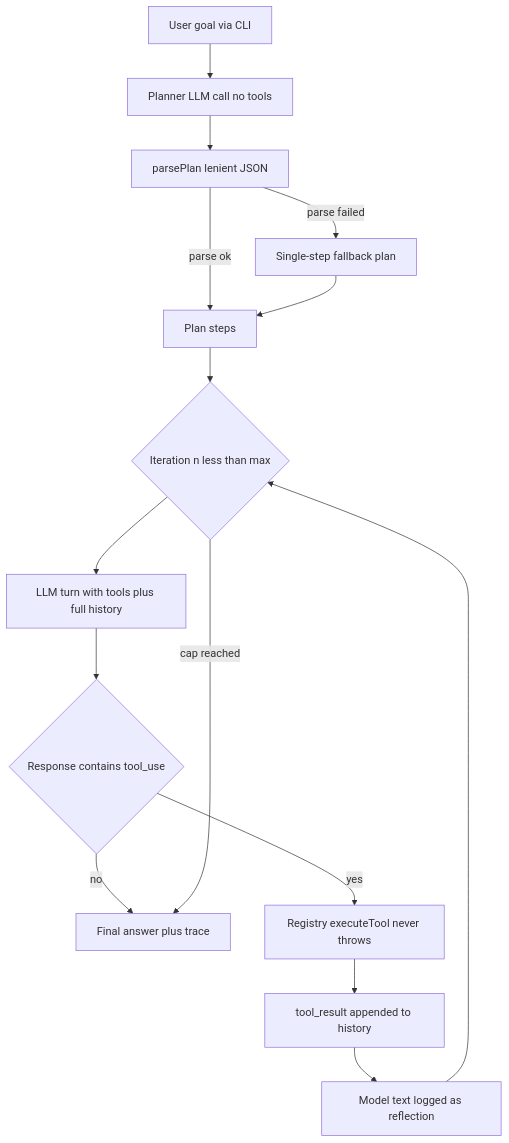
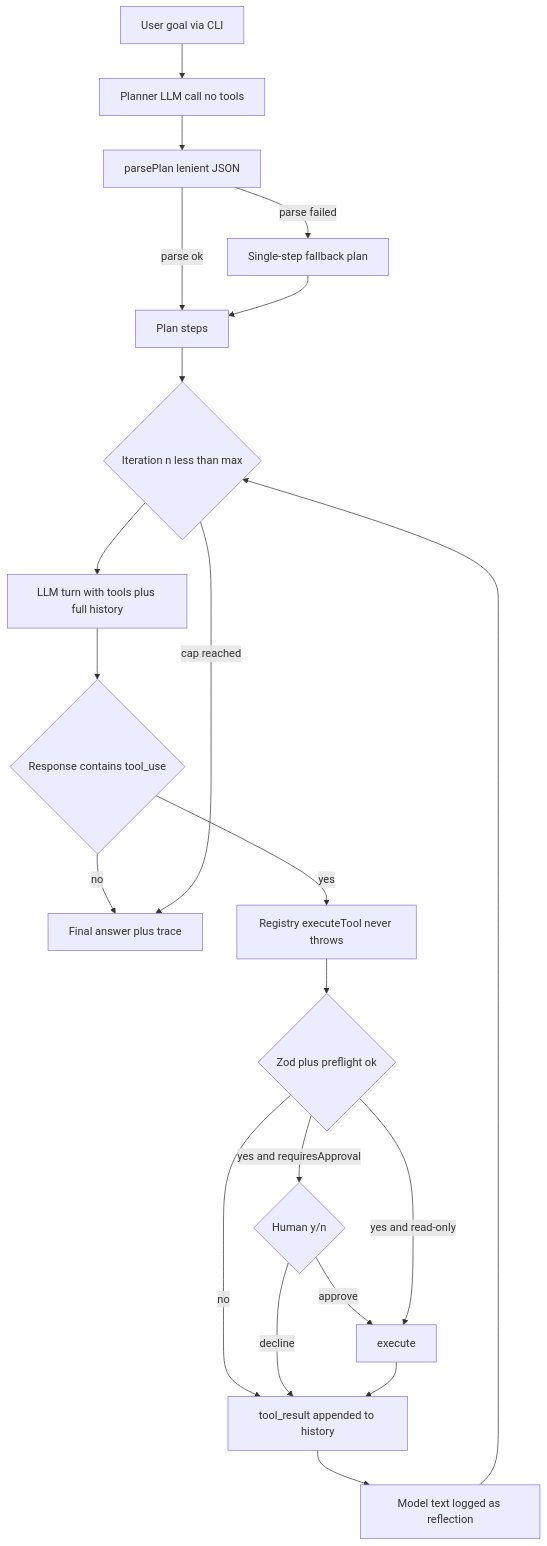
One commit to zimejin07/ts-agentic-learning changed the diagram in ARCHITECTURE.md. Above: the diagram before and after it, drawn with Mermaid. The commit also changed other lines of this file and 15 other files, not shown here.

````diff
--- a/ARCHITECTURE.md
+++ b/ARCHITECTURE.md
@@ -7,17 +7,23 @@
 ```mermaid
 flowchart TD
   user[User goal via CLI] --> planner[Planner LLM call no tools]
   planner --> parser[parsePlan lenient JSON]
   parser -->|parse ok| plan[Plan steps]
   parser -->|parse failed| fallback[Single-step fallback plan]
   fallback --> plan
   plan --> loop{Iteration n less than max}
   loop --> llm[LLM turn with tools plus full history]
   llm --> decide{Response contains tool_use}
   decide -->|no| answer[Final answer plus trace]
   decide -->|yes| act[Registry executeTool never throws]
-  act --> observe[tool_result appended to history]
+  act --> pre{Zod plus preflight ok}
+  pre -->|no| observe[tool_result appended to history]
+  pre -->|yes and requiresApproval| hitl{Human y/n}
+  hitl -->|decline| observe
+  hitl -->|approve| run[execute]
+  pre -->|yes and read-only| run
+  run --> observe
   observe --> reflect[Model text logged as reflection]
   reflect --> loop
   loop -->|cap reached| answer
 ```
````
